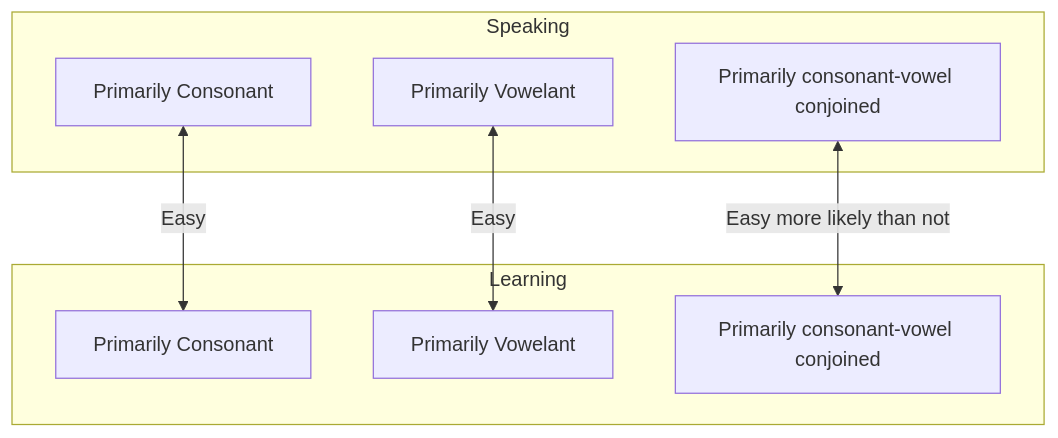
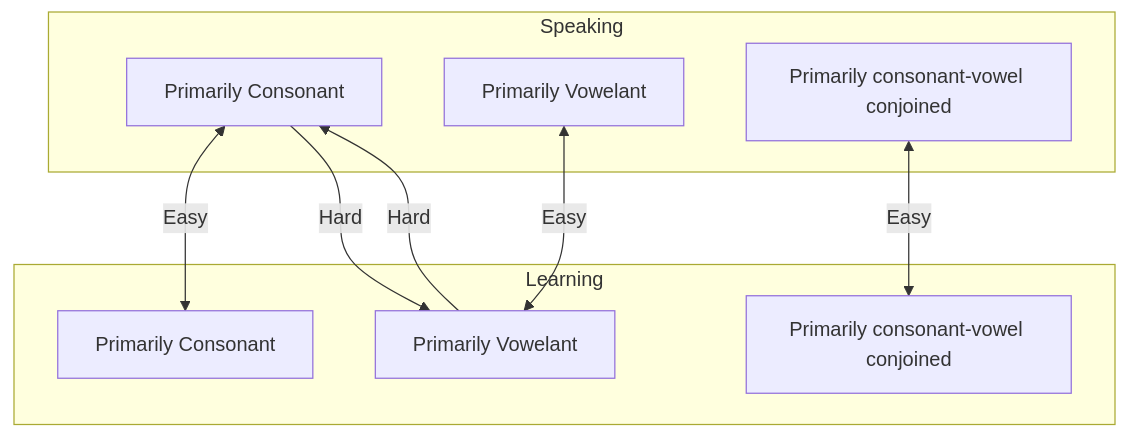
One commit to bendqh1/mermaid changed the diagram in general_communication_languages_categorization_for_learning.md. Above: the diagram before and after it, drawn with Mermaid.

````diff
--- a/general_communication_languages_categorization_for_learning.md
+++ b/general_communication_languages_categorization_for_learning.md
@@ -11,19 +11,21 @@
 ```mermaid
 flowchart TD
 
   subgraph A [Speaking]
     A1[Primarily Consonant]
     A2[Primarily Vowelant]
     A3[Primarily consonant-vowel conjoined]
   end
 
   subgraph B [Learning]
     B1[Primarily Consonant]
     B2[Primarily Vowelant]
     B3[Primarily consonant-vowel conjoined]
   end
 
   A1 <-->|Easy| B1
   A2 <-->|Easy| B2
-  A3 <-->|Easy more likely than not| B3
+  A3 <-->|Easy| B3
+  A1 --> |Hard| B2
+  B2 --> |Hard| A1
 ```
````
